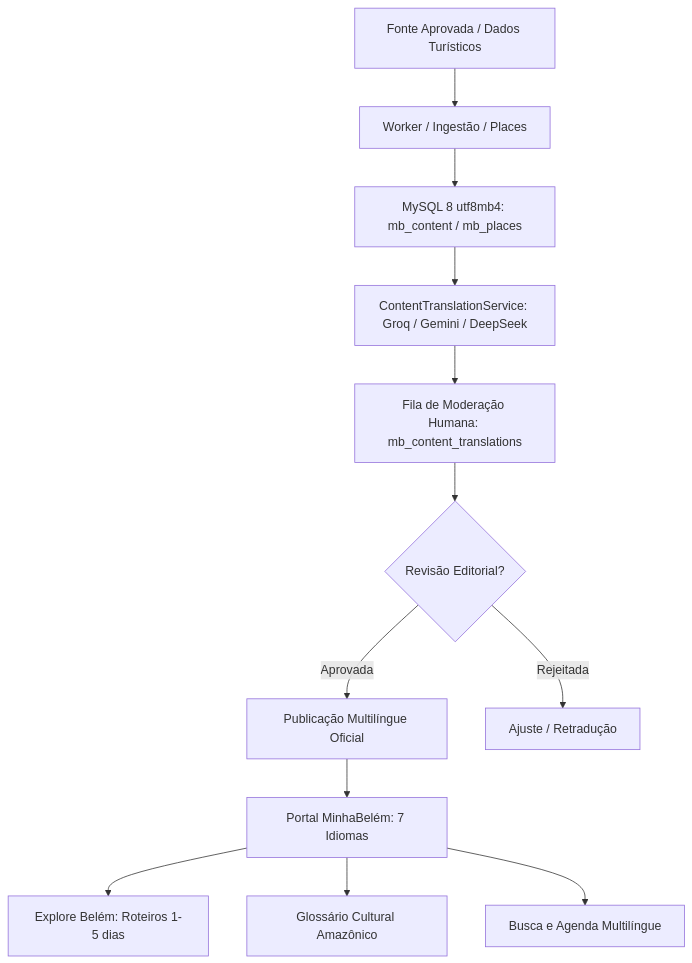
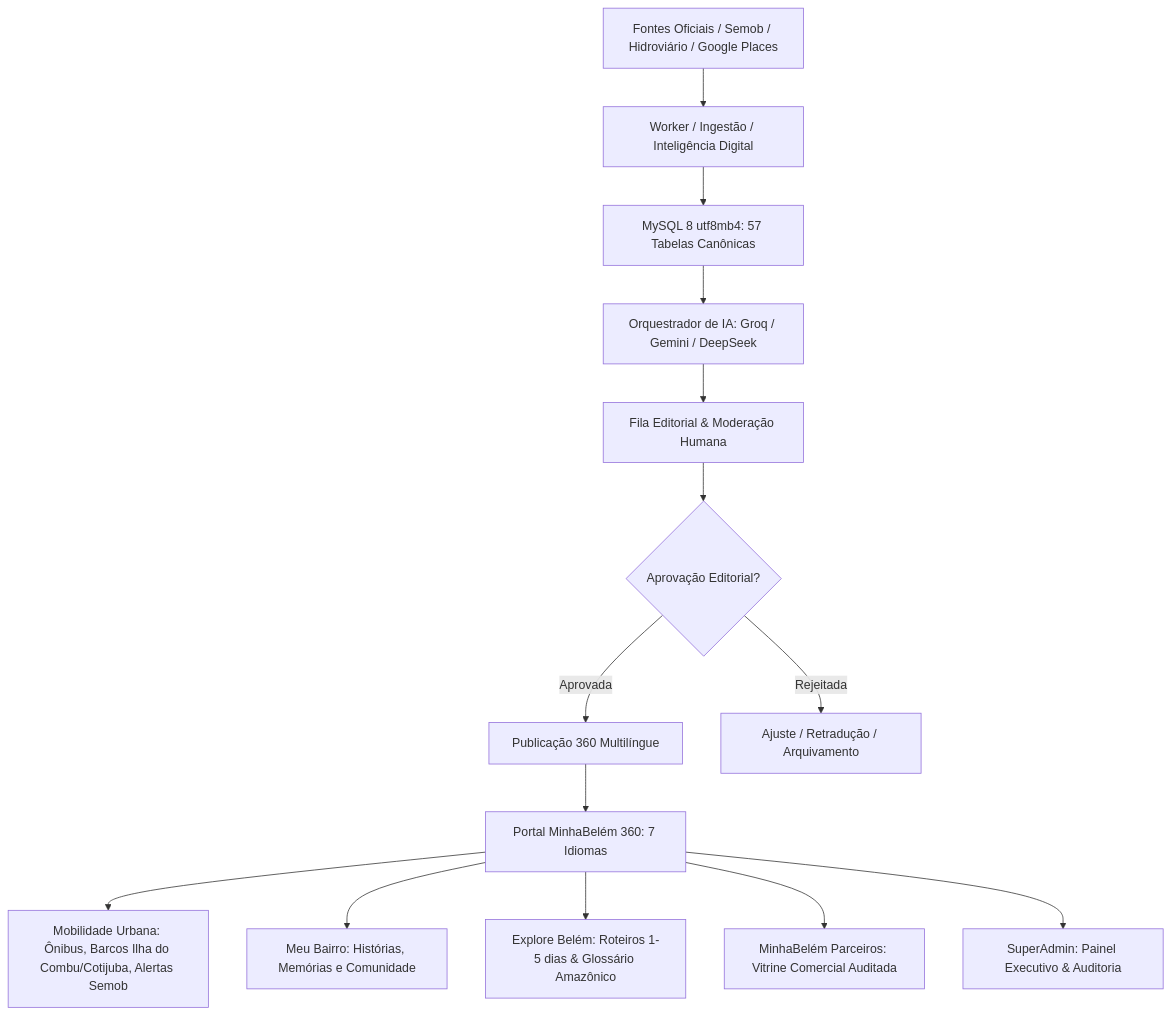
The diagram in docs/ARQUITETURA.md (devmnsoft/minhabelem), drawn with Mermaid before and after one commit. The commit also changed other lines of this file and 28 other files, not shown here.

Commit message:
feat(sprint-05): integracao definitiva MinhaBelem 360 - Mobilidade, Meu Bairro, Parceiros, SuperAdmin expandido e homologacao completa

````diff
--- a/docs/ARQUITETURA.md
+++ b/docs/ARQUITETURA.md
@@ -5,14 +5,16 @@
 ```mermaid
 flowchart TD
-    A[Fonte Aprovada / Dados Turísticos] --> B[Worker / Ingestão / Places]
-    B --> C[MySQL 8 utf8mb4: mb_content / mb_places]
-    C --> D[ContentTranslationService: Groq / Gemini / DeepSeek]
-    D --> E[Fila de Moderação Humana: mb_content_translations]
-    E --> F{Revisão Editorial?}
-    F -- Aprovada --> G[Publicação Multilíngue Oficial]
-    F -- Rejeitada --> H[Ajuste / Retradução]
-    G --> I[Portal MinhaBelém: 7 Idiomas]
-    I --> J[Explore Belém: Roteiros 1-5 dias]
-    I --> K[Glossário Cultural Amazônico]
-    I --> L[Busca e Agenda Multilíngue]
+    A[Fontes Oficiais / Semob / Hidroviário / Google Places] --> B[Worker / Ingestão / Inteligência Digital]
+    B --> C[MySQL 8 utf8mb4: 57 Tabelas Canônicas]
+    C --> D[Orquestrador de IA: Groq / Gemini / DeepSeek]
+    D --> E[Fila Editorial & Moderação Humana]
+    E --> F{Aprovação Editorial?}
+    F -- Aprovada --> G[Publicação 360 Multilíngue]
+    F -- Rejeitada --> H[Ajuste / Retradução / Arquivamento]
+    G --> I[Portal MinhaBelém 360: 7 Idiomas]
+    I --> J[Mobilidade Urbana: Ônibus, Barcos Ilha do Combu/Cotijuba, Alertas Semob]
+    I --> K[Meu Bairro: Histórias, Memórias e Comunidade]
+    I --> L[Explore Belém: Roteiros 1-5 dias & Glossário Amazônico]
+    I --> M[MinhaBelém Parceiros: Vitrine Comercial Auditada]
+    I --> N[SuperAdmin: Painel Executivo & Auditoria]
 ```
````
